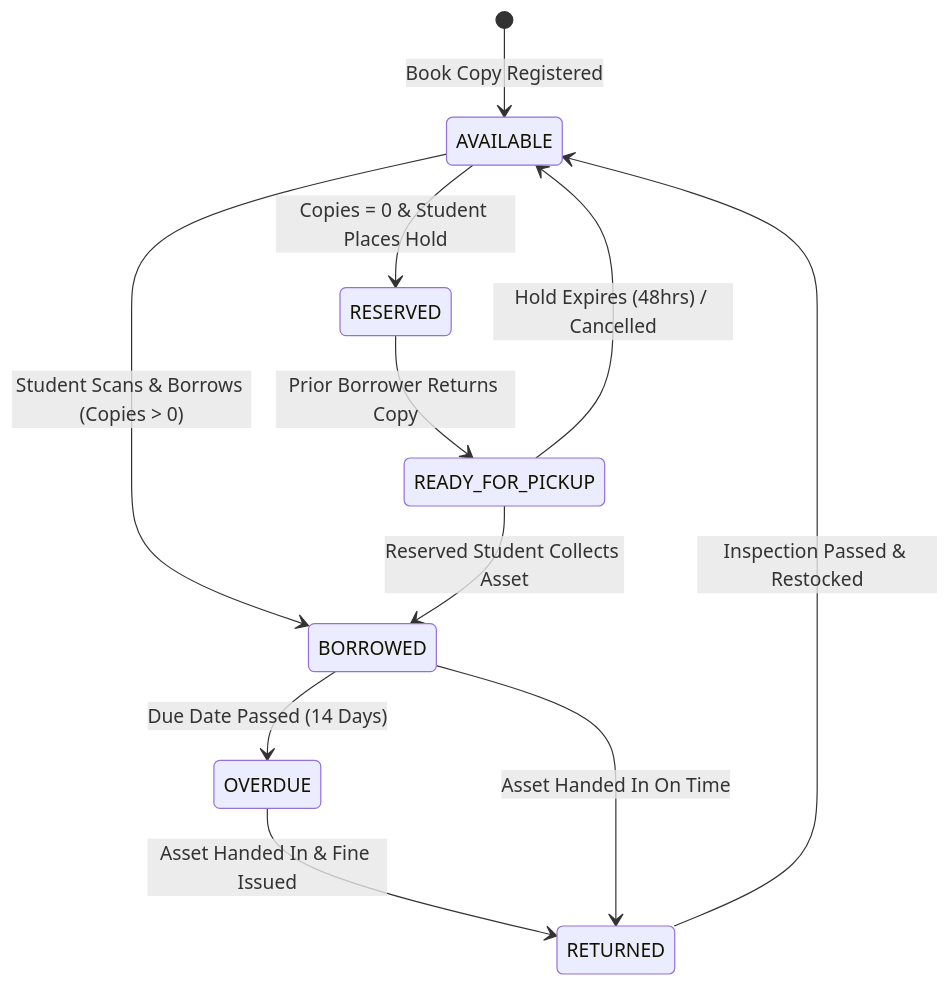
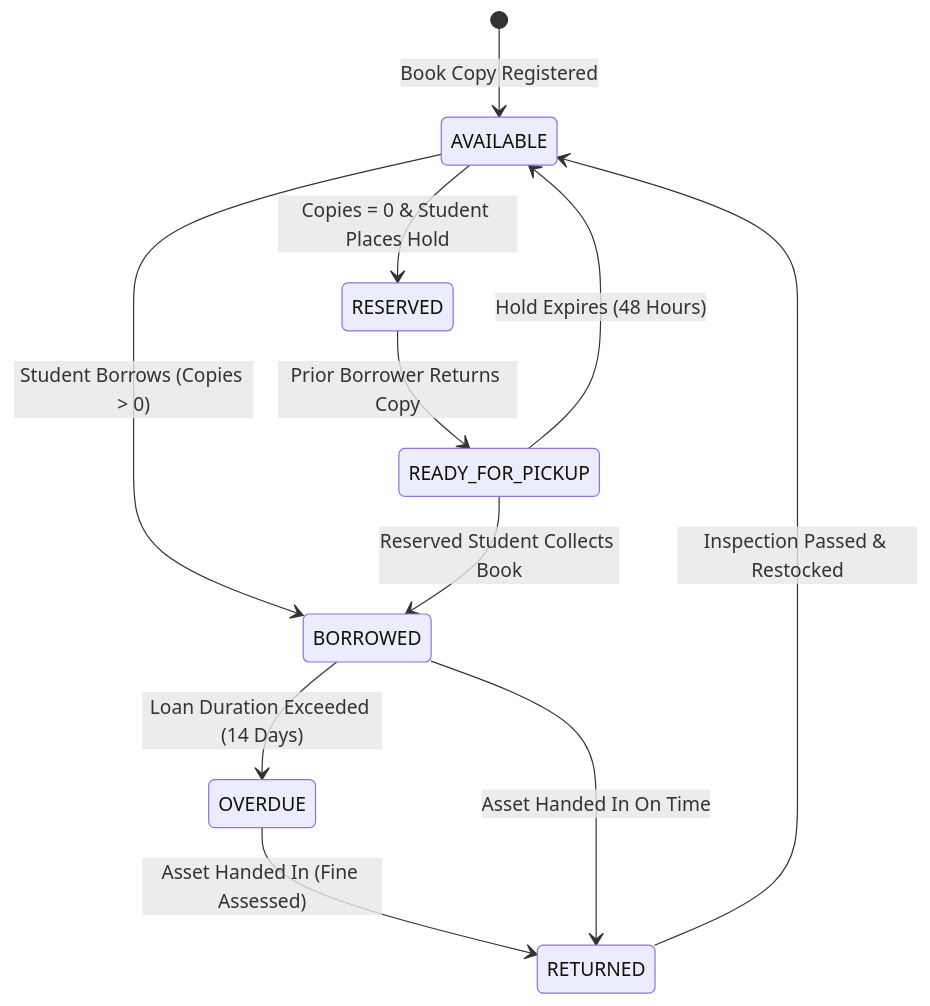
One commit to Versity1/library-backend changed the third of 4 diagrams in README.md. Above: the diagram before and after it, drawn with Mermaid. The commit also changed other lines of this file, not shown here.

````diff
--- a/README.md
+++ b/README.md
@@ -191,17 +190,17 @@
 ```mermaid
 stateDiagram-v2
     [*] --> AVAILABLE : Book Copy Registered
 
-    AVAILABLE --> BORROWED : Student Scans & Borrows (Copies > 0)
+    AVAILABLE --> BORROWED : Student Borrows (Copies > 0)
     AVAILABLE --> RESERVED : Copies = 0 & Student Places Hold
 
     RESERVED --> READY_FOR_PICKUP : Prior Borrower Returns Copy
-    READY_FOR_PICKUP --> BORROWED : Reserved Student Collects Asset
-    READY_FOR_PICKUP --> AVAILABLE : Hold Expires (48hrs) / Cancelled
+    READY_FOR_PICKUP --> BORROWED : Reserved Student Collects Book
+    READY_FOR_PICKUP --> AVAILABLE : Hold Expires (48 Hours)
 
-    BORROWED --> OVERDUE : Due Date Passed (14 Days)
-    OVERDUE --> RETURNED : Asset Handed In & Fine Issued
+    BORROWED --> OVERDUE : Loan Duration Exceeded (14 Days)
+    OVERDUE --> RETURNED : Asset Handed In (Fine Assessed)
     BORROWED --> RETURNED : Asset Handed In On Time
 
     RETURNED --> AVAILABLE : Inspection Passed & Restocked
 ```
````
